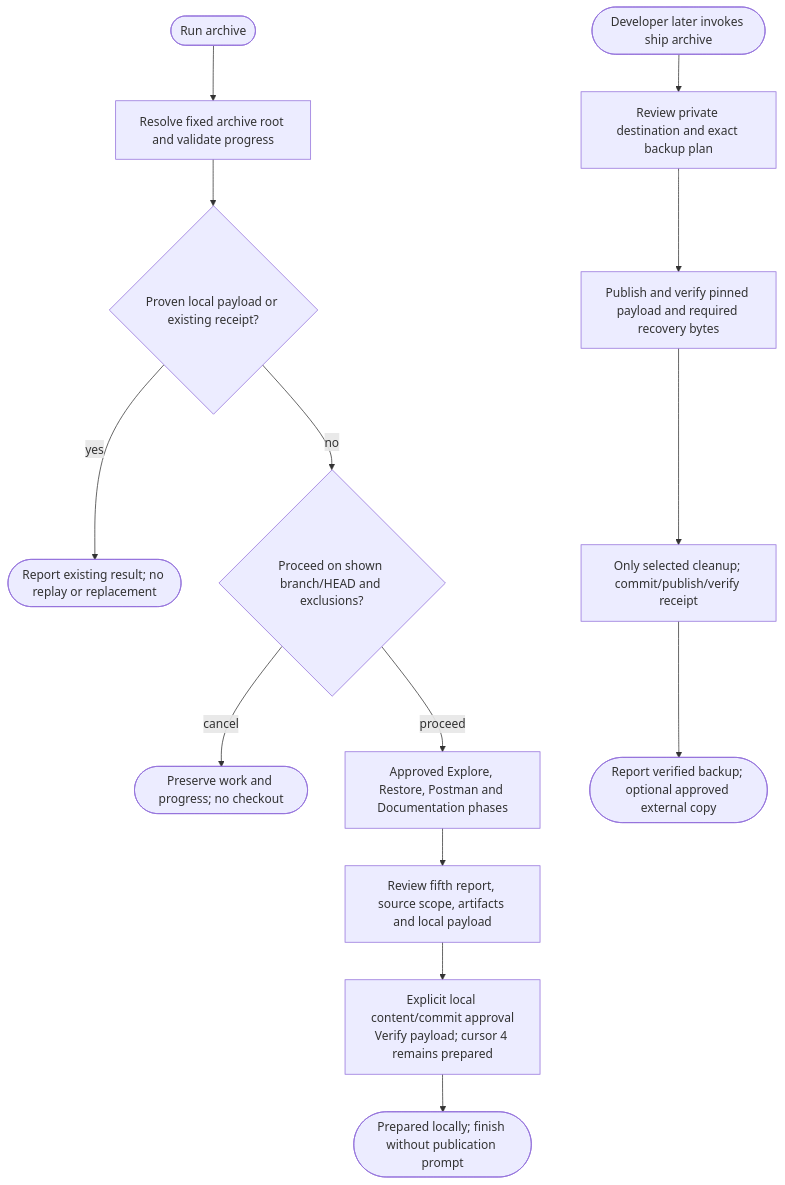
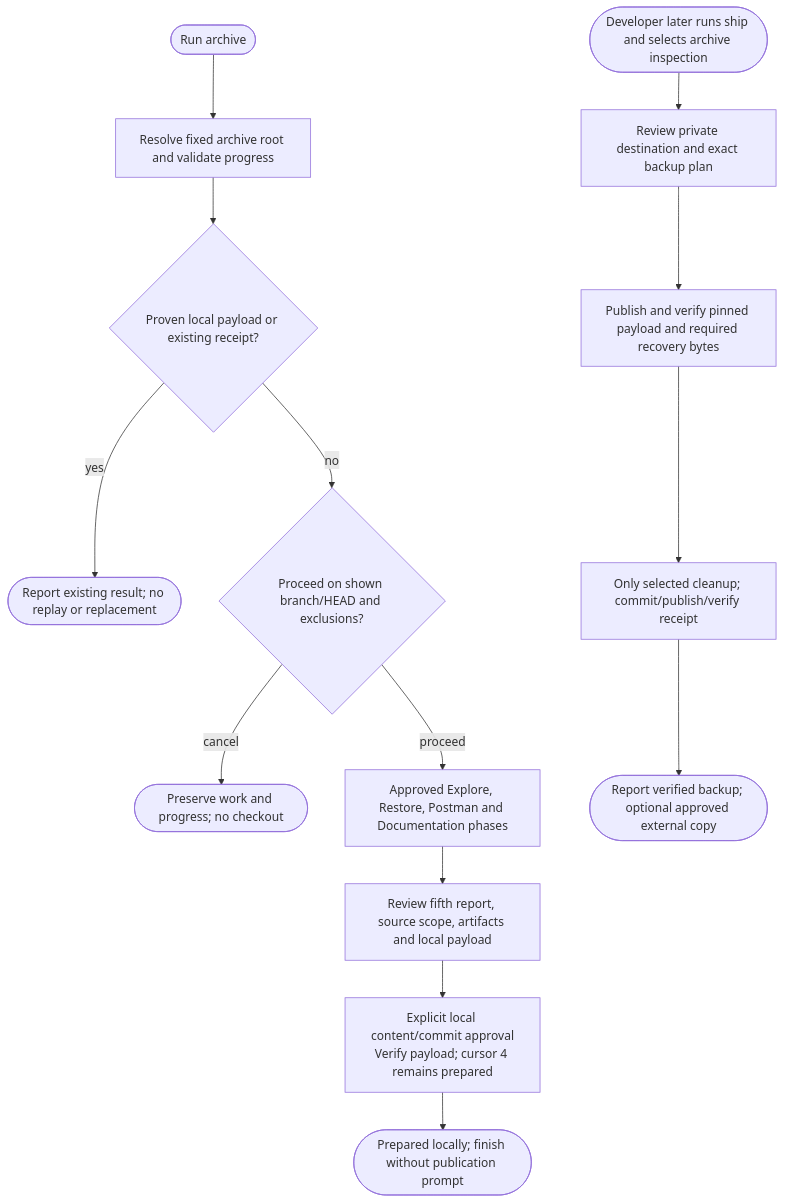
One commit to myowinthein/agent-helm changed the diagram in docs/commands/archive.md. Above: the diagram before and after it, drawn with Mermaid. The commit also changed other lines of this file and 24 other files, not shown here.

````diff
--- a/docs/commands/archive.md
+++ b/docs/commands/archive.md
@@ -32,16 +32,16 @@
 ```mermaid
 flowchart TD
   Start([Run archive]) --> Root[Resolve fixed archive root and validate progress]
   Root --> Existing{Proven local payload or existing receipt?}
   Existing -->|yes| Report([Report existing result; no replay or replacement])
   Existing -->|no| Confirm{Proceed on shown branch/HEAD and exclusions?}
   Confirm -->|cancel| Cancel([Preserve work and progress; no checkout])
   Confirm -->|proceed| Restore[Approved Explore, Restore, Postman and Documentation phases]
   Restore --> Prepare[Review fifth report, source scope, artifacts and local payload]
   Prepare --> Commit[Explicit local content/commit approval<br/>Verify payload; cursor 4 remains prepared]
   Commit --> Local([Prepared locally; finish without publication prompt])
-  Later([Developer later invokes ship archive]) --> Publish[Review private destination and exact backup plan]
+  Later([Developer later runs ship and selects archive inspection]) --> Publish[Review private destination and exact backup plan]
   Publish --> Payload[Publish and verify pinned payload and required recovery bytes]
   Payload --> Receipt[Only selected cleanup; commit/publish/verify receipt]
   Receipt --> Sealed([Report verified backup; optional approved external copy])
 ```
````
